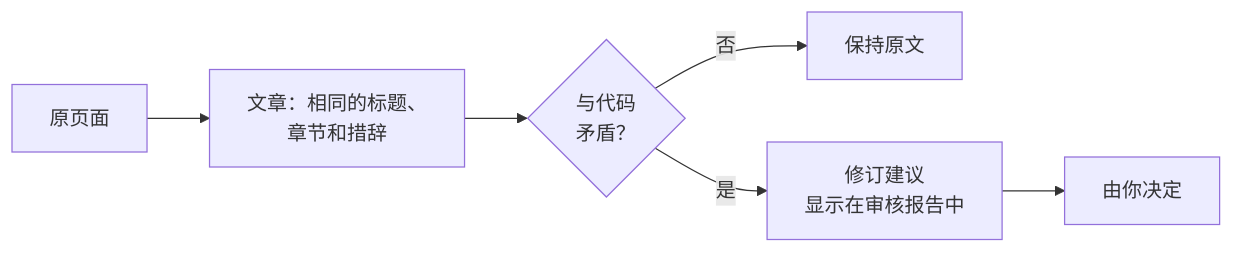
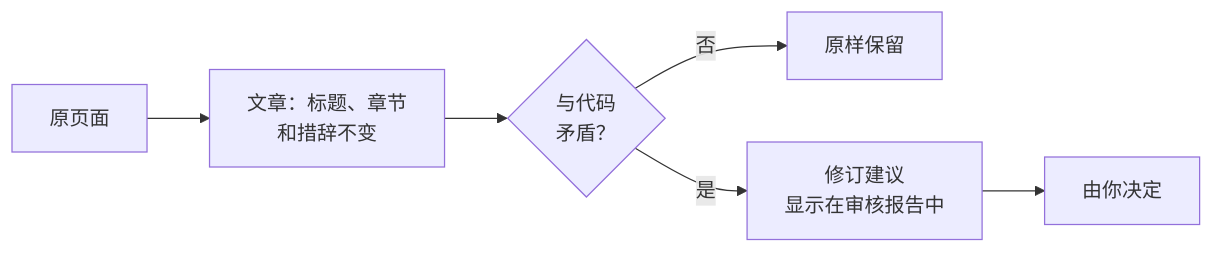
Before and after one commit to context4ai/portal: the diagram in translations/zh-CN/sop/review-and-revision/keeping-pages-as-written.md, drawn with Mermaid. The commit also changed other lines of this file and 13 other files, not shown here.

````diff
--- a/translations/zh-CN/sop/review-and-revision/keeping-pages-as-written.md
+++ b/translations/zh-CN/sop/review-and-revision/keeping-pages-as-written.md
@@ -16,8 +16,8 @@
 ```mermaid
 flowchart LR
-  orig["原页面"] --> art["文章：相同的标题、<br/>章节和措辞"]
+  orig["原页面"] --> art["文章：标题、章节<br/>和措辞不变"]
   art --> check{"与代码<br/>矛盾？"}
-  check -->|否| keep["保持原文"]
+  check -->|否| keep["原样保留"]
   check -->|是| prop["修订建议<br/>显示在审核报告中"]
   prop --> decide["由你决定"]
 ```
````
